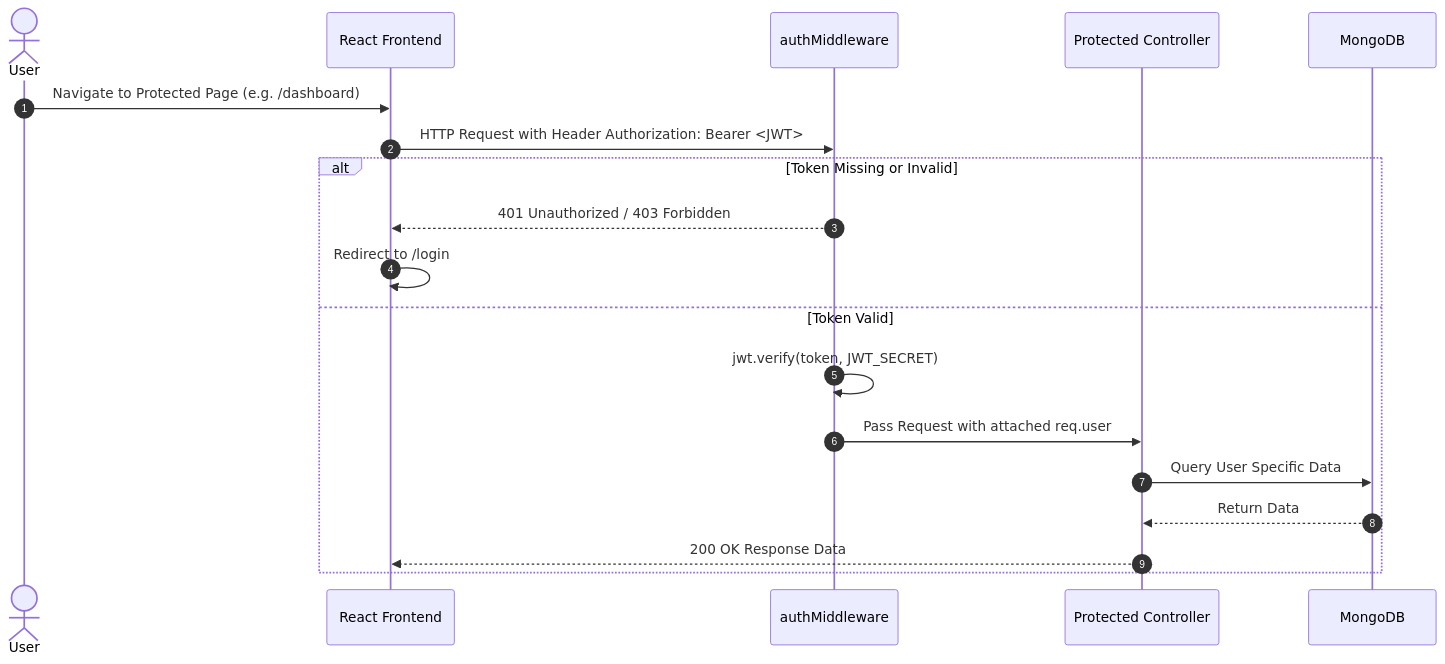
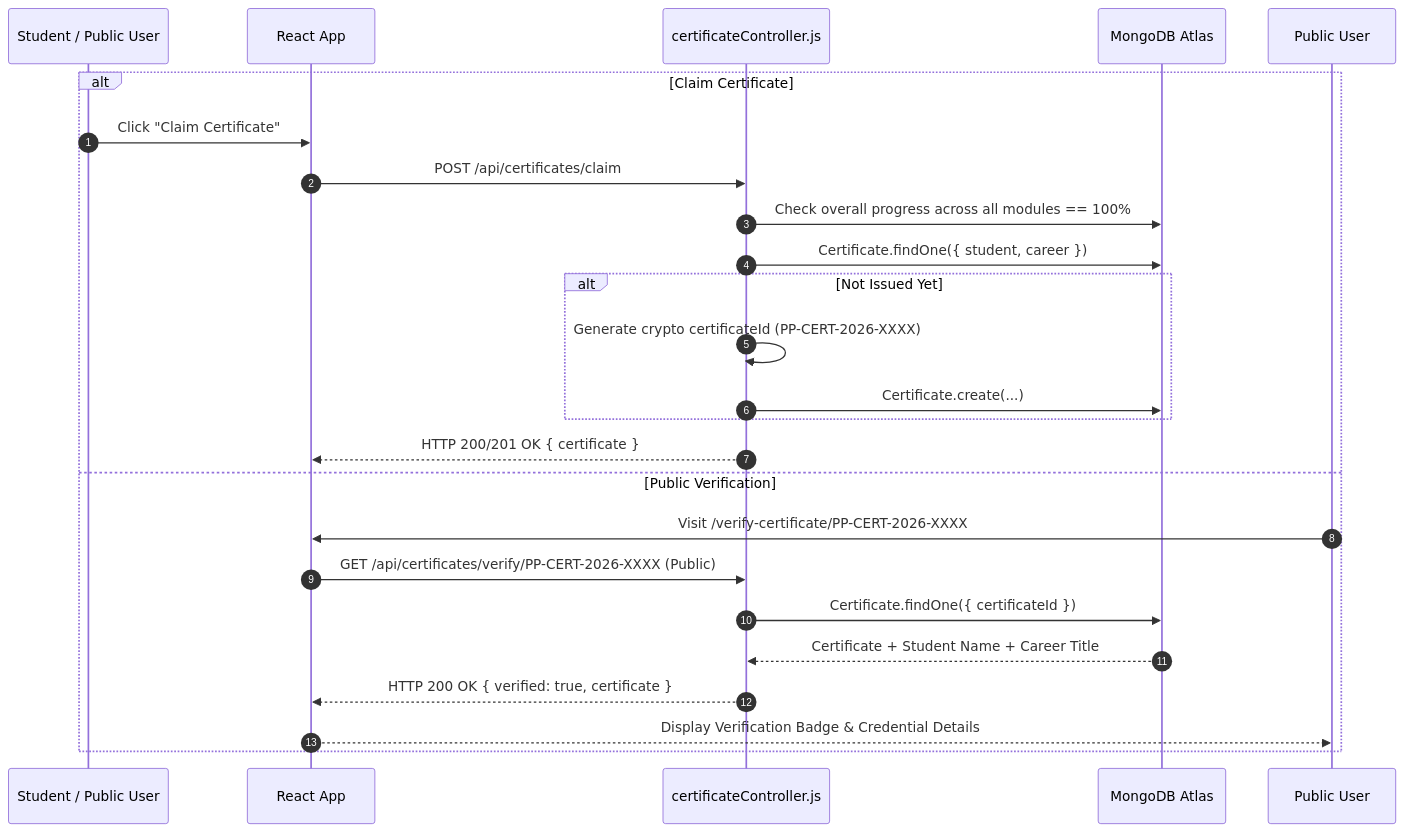
Before and after one commit to mhksharma140807/PathPilot: the fourth of 5 diagrams in docs/ARCHITECTURE.md, drawn with Mermaid. The commit also changed other lines of this file and 11 other files, not shown here.

Commit message:
fix: complete V2 lesson progress flow and update documentation

````diff
--- a/docs/ARCHITECTURE.md
+++ b/docs/ARCHITECTURE.md
@@ -169,22 +93,27 @@
 ```mermaid
 sequenceDiagram
     autonumber
-    actor User
-    participant Browser as React Frontend
-    participant MW as authMiddleware
-    participant API as Protected Controller
-    participant DB as MongoDB
+    participant Student as Student / Public User
+    participant Frontend as React App
+    participant Controller as certificateController.js
+    participant DB as MongoDB Atlas
 
-    User->>Browser: Navigate to Protected Page (e.g. /dashboard)
-    Browser->>MW: HTTP Request with Header Authorization: Bearer <JWT>
-    alt Token Missing or Invalid
-        MW-->>Browser: 401 Unauthorized / 403 Forbidden
-        Browser->>Browser: Redirect to /login
-    else Token Valid
-        MW->>MW: jwt.verify(token, JWT_SECRET)
-        MW->>API: Pass Request with attached req.user
-        API->>DB: Query User Specific Data
-        DB-->>API: Return Data
-        API-->>Browser: 200 OK Response Data
+    alt Claim Certificate
+        Student->>Frontend: Click "Claim Certificate"
+        Frontend->>Controller: POST /api/certificates/claim
+        Controller->>DB: Check overall progress across all modules == 100%
+        Controller->>DB: Certificate.findOne({ student, career })
+        alt Not Issued Yet
+            Controller->>Controller: Generate crypto certificateId (PP-CERT-2026-XXXX)
+            Controller->>DB: Certificate.create(...)
+        end
+        Controller-->>Frontend: HTTP 200/201 OK { certificate }
+    else Public Verification
+        Public User->>Frontend: Visit /verify-certificate/PP-CERT-2026-XXXX
+        Frontend->>Controller: GET /api/certificates/verify/PP-CERT-2026-XXXX (Public)
+        Controller->>DB: Certificate.findOne({ certificateId })
+        DB-->>Controller: Certificate + Student Name + Career Title
+        Controller-->>Frontend: HTTP 200 OK { verified: true, certificate }
+        Frontend-->>Public User: Display Verification Badge & Credential Details
     end
 ```
````
